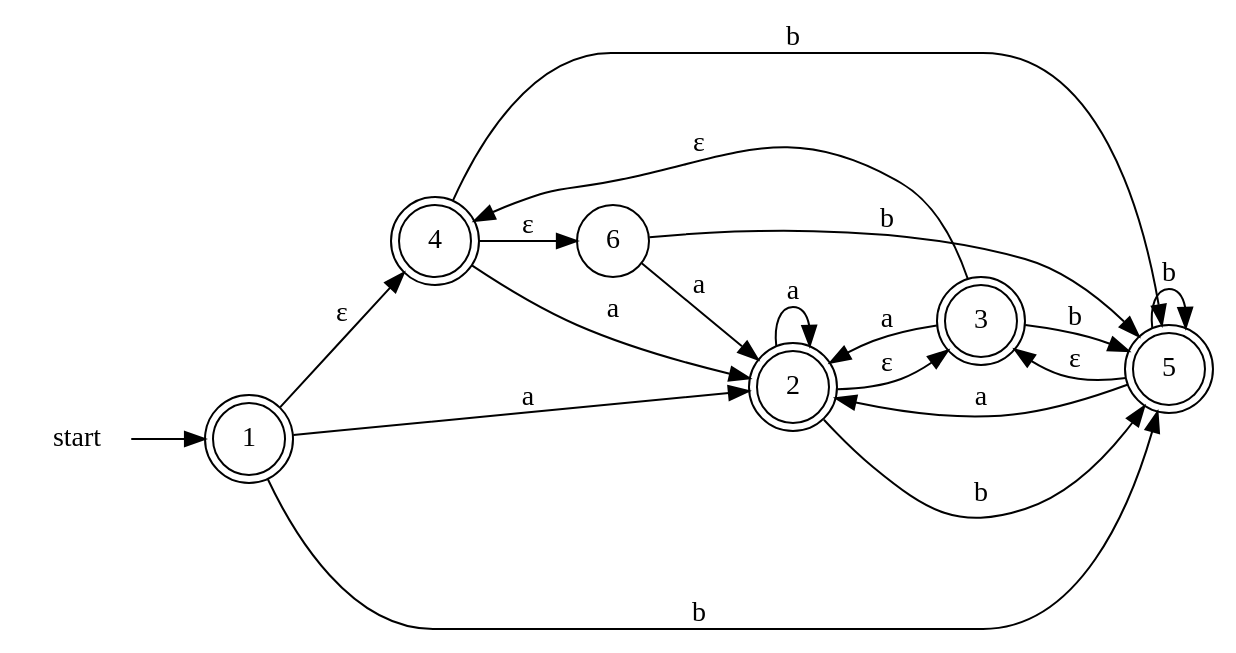
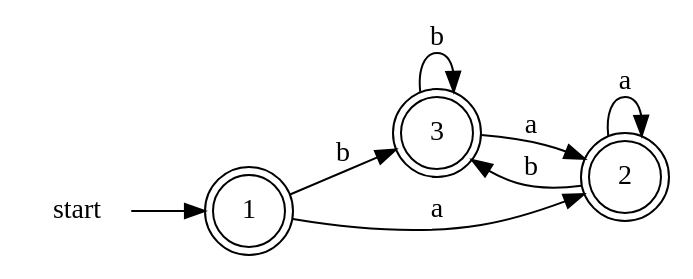
The second of 3 diagrams in README.md (Kienyew/regex), drawn with Graphviz before and after one commit. The commit also changed other lines of this file and 2 other files, not shown here.

````diff
--- a/README.md
+++ b/README.md
@@ -49,31 +48,18 @@
 ```dot
 Digraph G {
         node [shape=circle]
         rankdir = LR
         0 [shape=plaintext, label="start"]
-        4 [shape=doublecircle]
+        3 [shape=doublecircle]
         2 [shape=doublecircle]
         1 [shape=doublecircle]
-        3 [shape=doublecircle]
-        5 [shape=doublecircle]
 
         0 -> 1
         1 ->  2 [label = " a"]
-        3 ->  4 [label = " ε"]
-        1 ->  5 [label = " b"]
-        6 ->  5 [label = " b"]
+        3 ->  3 [label = " b"]
+        3 ->  2 [label = " a"]
         2 ->  2 [label = " a"]
-        4 ->  2 [label = " a"]
-        4 ->  6 [label = " ε"]
-        5 ->  5 [label = " b"]
-        3 ->  2 [label = " a"]
-        2 ->  5 [label = " b"]
-        1 ->  4 [label = " ε"]
-        4 ->  5 [label = " b"]
-        2 ->  3 [label = " ε"]
-        5 ->  2 [label = " a"]
-        3 ->  5 [label = " b"]
-        5 ->  3 [label = " ε"]
-        6 ->  2 [label = " a"]
+        2 ->  3 [label = " b"]
+        1 ->  3 [label = " b"]
 }
 ```
````
